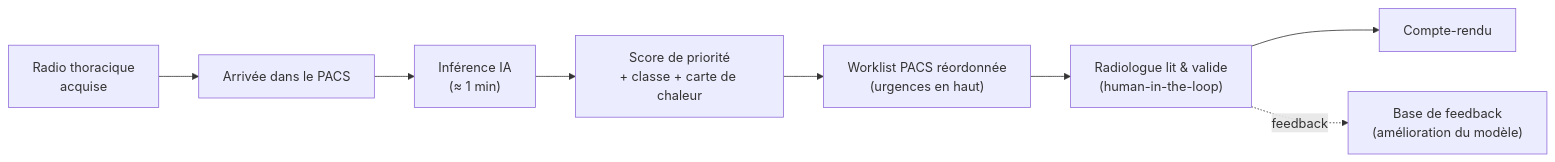
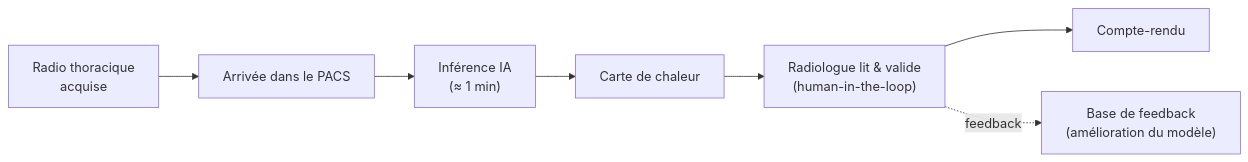
Before and after one commit to nibelune/Projet-DPM-CHU-Lyon: the first of 5 diagrams in Etape2_CONCEPTION_CHU_Lyon.md, drawn with Mermaid. The commit also changed other lines of this file and 1 other file, not shown here.

````diff
--- a/Etape2_CONCEPTION_CHU_Lyon.md
+++ b/Etape2_CONCEPTION_CHU_Lyon.md
@@ -52,10 +50,9 @@
 ```mermaid
 flowchart LR
     X["Radio thoracique<br/>acquise"] --> Y["Arrivée dans le PACS"]
     Y --> Z["Inférence IA<br/>(≈ 1 min)"]
-    Z --> Q["Score de priorité<br/>+ classe + carte de chaleur"]
-    Q --> W["Worklist PACS réordonnée<br/>(urgences en haut)"]
-    W --> RV["Radiologue lit & valide<br/>(human-in-the-loop)"]
+    Z --> Q["Carte de chaleur"]
+    Q --> RV["Radiologue lit & valide<br/>(human-in-the-loop)"]
     RV --> CR["Compte-rendu"]
     RV -.feedback.-> FB["Base de feedback<br/>(amélioration du modèle)"]
 ```
````
